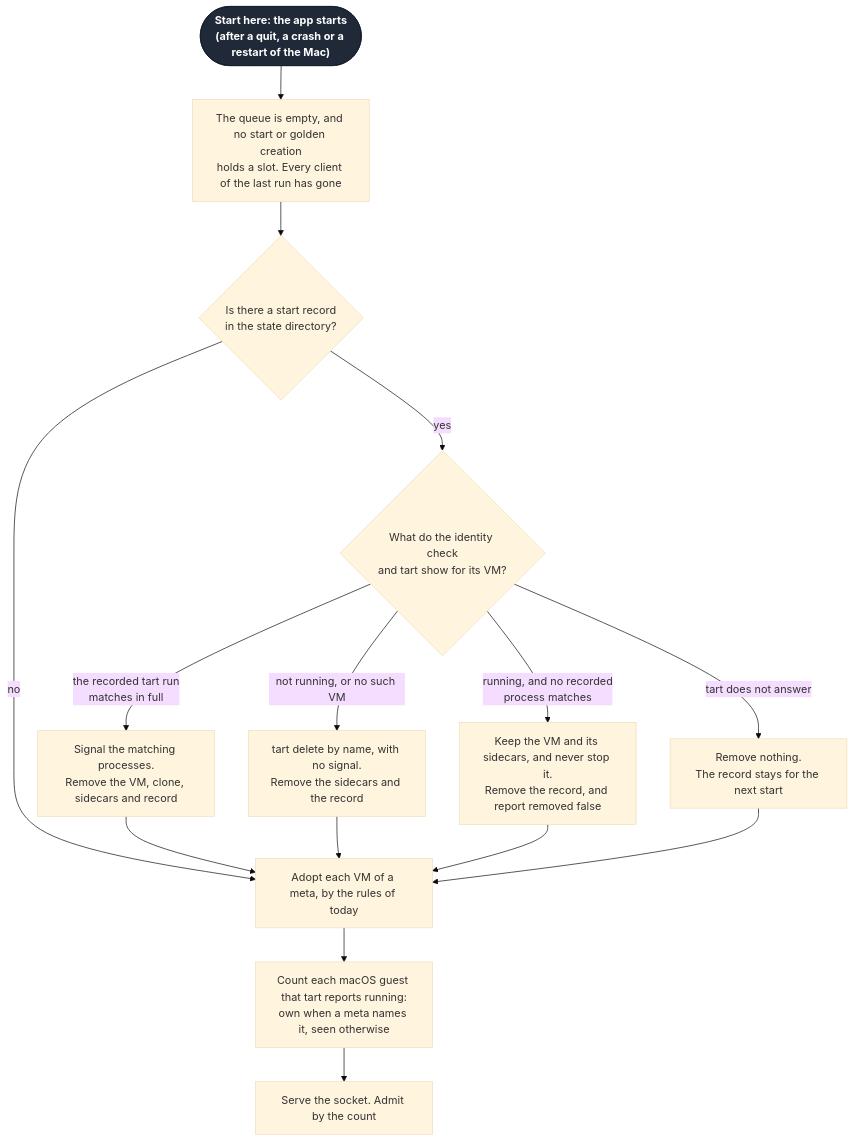
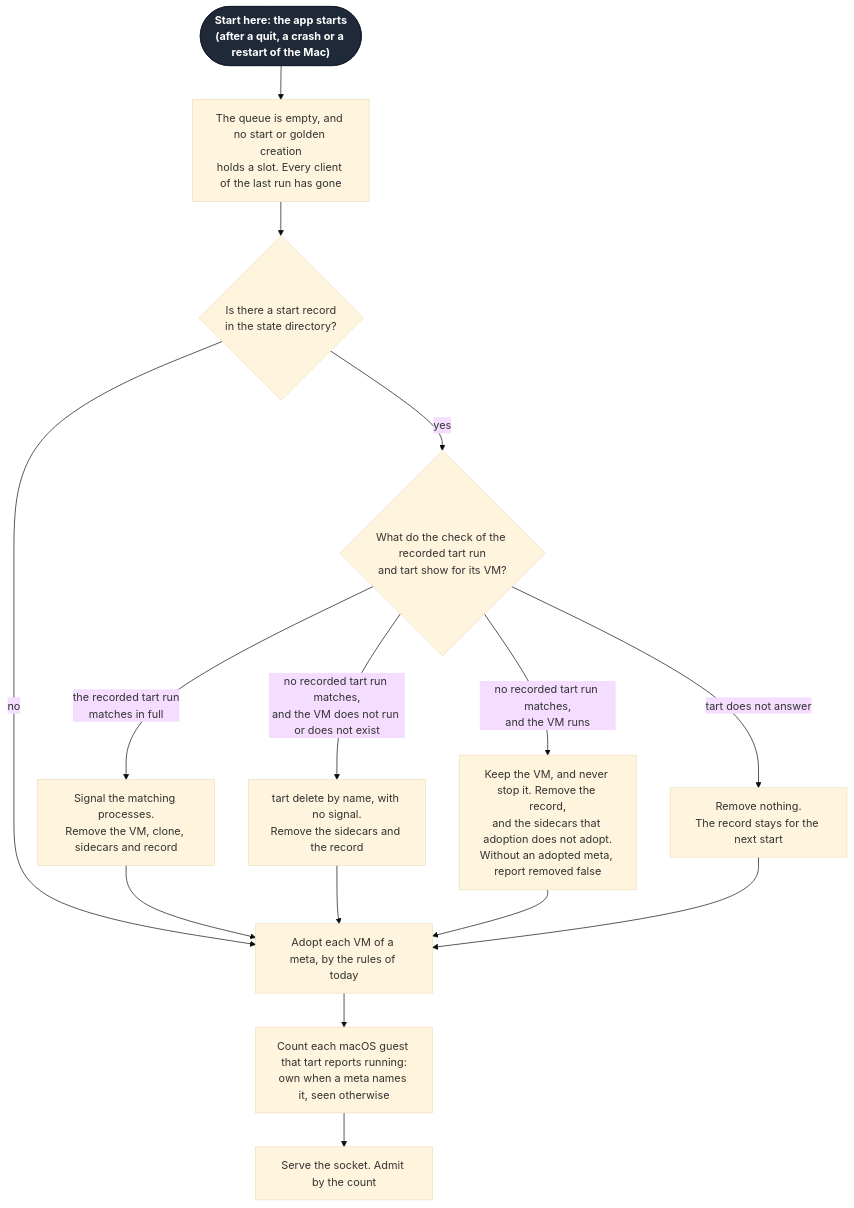
One commit to Linkuistics/TestAnyware changed the seventh of 7 diagrams in docs/specs/admission-queue.md. Above: the diagram before and after it, drawn with Mermaid (base theme). The commit also changed other lines of this file and 7 other files, not shown here.

````diff
--- a/docs/specs/admission-queue.md
+++ b/docs/specs/admission-queue.md
@@ -532,15 +577,15 @@
 ```mermaid
 flowchart TD
   s(["Start here: the app starts<br/>(after a quit, a crash or a restart of the Mac)"]):::start --> q["The queue is empty, and no start or golden creation<br/>holds a slot. Every client of the last run has gone"]
   q --> rec{"Is there a start record<br/>in the state directory?"}
-  rec -- "yes" --> vm{"What do the identity check<br/>and tart show for its VM?"}
+  rec -- "yes" --> vm{"What do the check of the recorded tart run<br/>and tart show for its VM?"}
   rec -- "no" --> adopt
   vm -- "the recorded tart run<br/>matches in full" --> rm["Signal the matching processes.<br/>Remove the VM, clone, sidecars and record"]
-  vm -- "not running, or no such VM" --> del["tart delete by name, with no signal.<br/>Remove the sidecars and the record"]
-  vm -- "running, and no recorded<br/>process matches" --> keep["Keep the VM and its sidecars, and never stop it.<br/>Remove the record, and report removed false"]
+  vm -- "no recorded tart run matches,<br/>and the VM does not run or does not exist" --> del["tart delete by name, with no signal.<br/>Remove the sidecars and the record"]
+  vm -- "no recorded tart run matches,<br/>and the VM runs" --> keep["Keep the VM, and never stop it. Remove the record,<br/>and the sidecars that adoption does not adopt.<br/>Without an adopted meta, report removed false"]
   vm -- "tart does not answer" --> stay["Remove nothing.<br/>The record stays for the next start"]
   rm & del & keep & stay --> adopt["Adopt each VM of a meta, by the rules of today"]
   adopt --> count["Count each macOS guest that tart reports running:<br/>own when a meta names it, seen otherwise"]
   count --> serve["Serve the socket. Admit by the count"]
   classDef start fill:#1f2937,stroke:#111827,color:#ffffff,font-weight:bold
 ```
````
